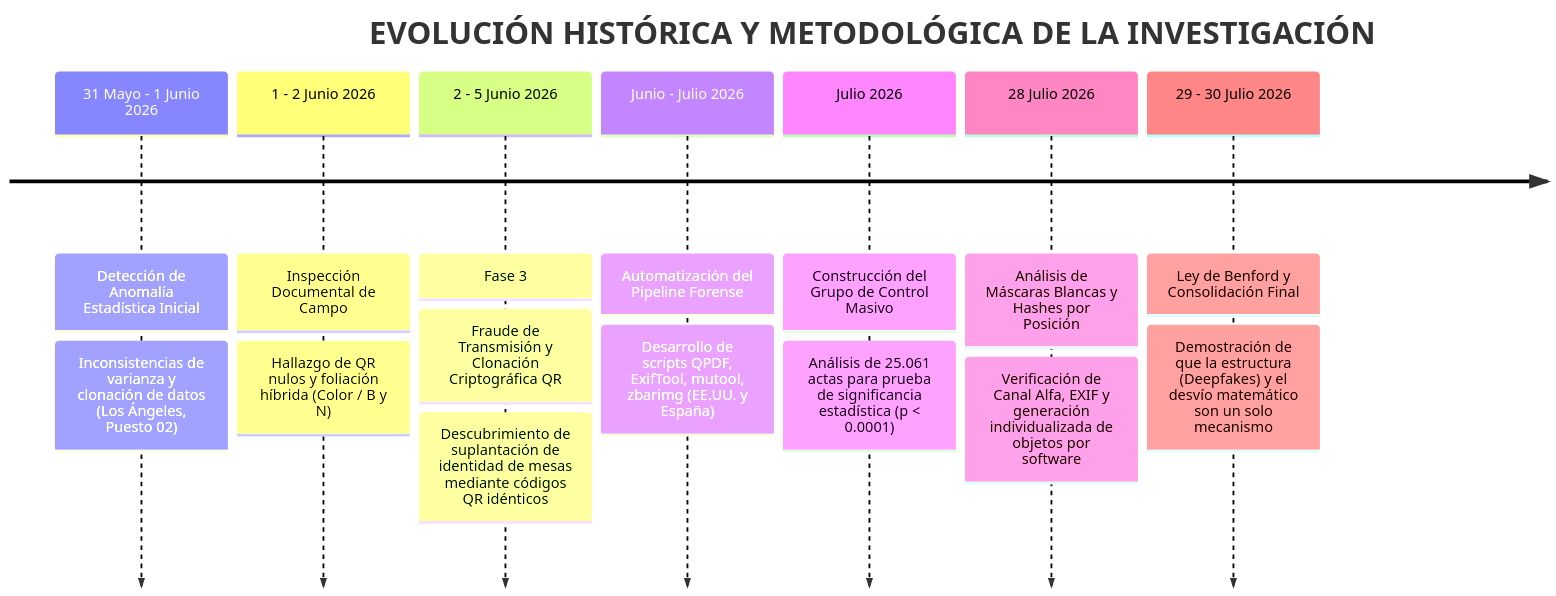
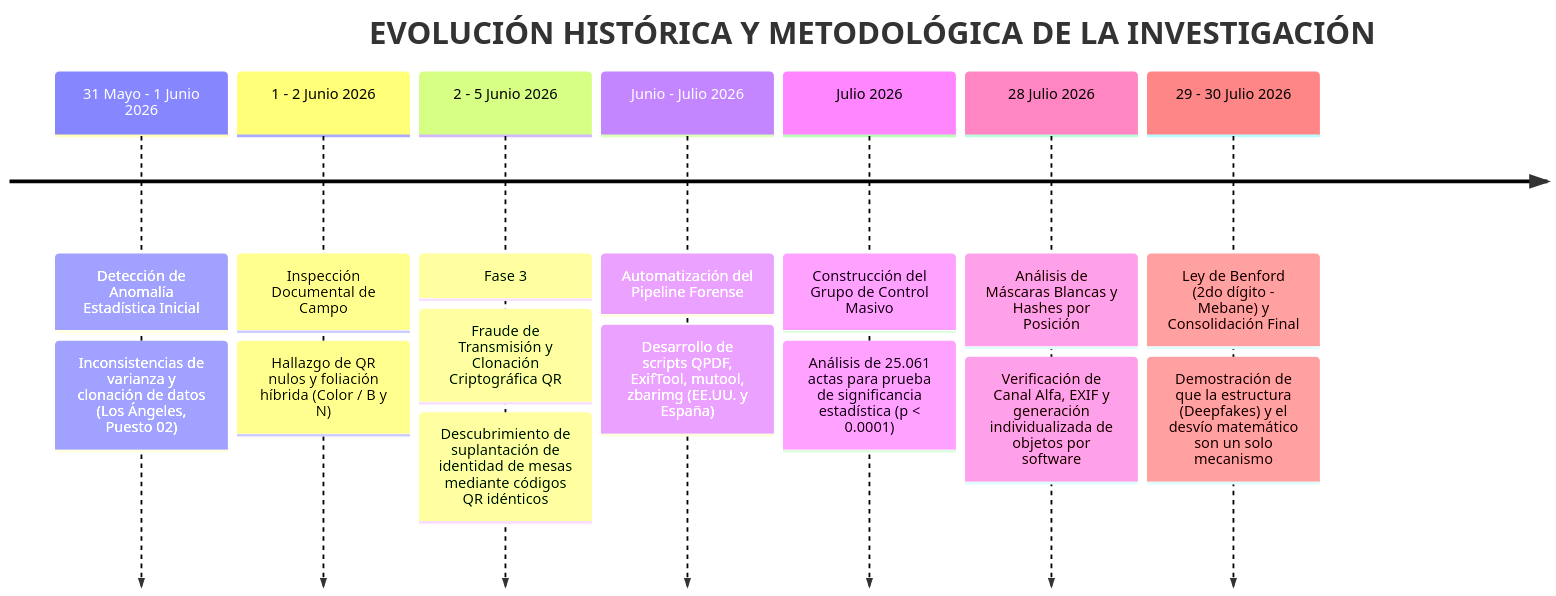
The diagram in 03_DOCUMENTACION/SESION_01_ENTREGABLES_LEGALES/linea_de_tiempo_investigacion_forense.md (anzaca0330-pixel/AndreTaker---AnZaCa-Rep), drawn with Mermaid before and after one commit. The commit also changed other lines of this file and 73 other files, not shown here.

````diff
--- a/03_DOCUMENTACION/SESION_01_ENTREGABLES_LEGALES/linea_de_tiempo_investigacion_forense.md
+++ b/03_DOCUMENTACION/SESION_01_ENTREGABLES_LEGALES/linea_de_tiempo_investigacion_forense.md
@@ -12,18 +12,18 @@
 ```mermaid
 timeline
     title EVOLUCIÓN HISTÓRICA Y METODOLÓGICA DE LA INVESTIGACIÓN
     31 Mayo - 1 Junio 2026 : Detección de Anomalía Estadística Inicial
                            : Inconsistencias de varianza y clonación de datos (Los Ángeles, Puesto 02)
     1 - 2 Junio 2026       : Inspección Documental de Campo
                            : Hallazgo de QR nulos y foliación híbrida (Color / B y N)
     2 - 5 Junio 2026       : Fase 3: Fraude de Transmisión y Clonación Criptográfica QR
                            : Descubrimiento de suplantación de identidad de mesas mediante códigos QR idénticos
     Junio - Julio 2026     : Automatización del Pipeline Forense
                            : Desarrollo de scripts QPDF, ExifTool, mutool, zbarimg (EE.UU. y España)
     Julio 2026             : Construcción del Grupo de Control Masivo
                            : Análisis de 25.061 actas para prueba de significancia estadística (p < 0.0001)
     28 Julio 2026          : Análisis de Máscaras Blancas y Hashes por Posición
                            : Verificación de Canal Alfa, EXIF y generación individualizada de objetos por software
-    29 - 30 Julio 2026     : Ley de Benford y Consolidación Final
+    29 - 30 Julio 2026     : Ley de Benford (2do dígito - Mebane) y Consolidación Final
                            : Demostración de que la estructura (Deepfakes) y el desvío matemático son un solo mecanismo
 ```
````
